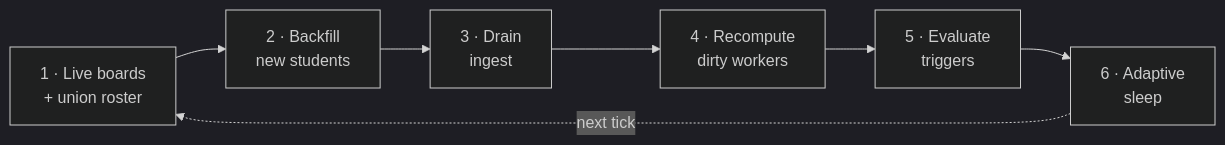
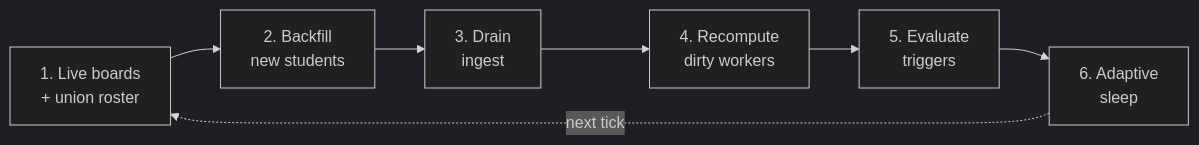
Before and after one commit to InviteInstitute/lm-dashboard: the first of 3 diagrams in docs/concepts/write-path.md, drawn with Mermaid (dark theme). The commit also changed other lines of this file and 5 other files, not shown here.

First line of the commit message:
Drop the interpunct separator from docs diagrams and prose

````diff
--- a/docs/concepts/write-path.md
+++ b/docs/concepts/write-path.md
@@ -13,6 +13,6 @@
 ```mermaid
 flowchart LR
-    a["1 · Live boards<br/>+ union roster"] --> b["2 · Backfill<br/>new students"] --> c["3 · Drain<br/>ingest"]
-    c --> d["4 · Recompute<br/>dirty workers"] --> e["5 · Evaluate<br/>triggers"] --> f["6 · Adaptive<br/>sleep"]
+    a["1. Live boards<br/>+ union roster"] --> b["2. Backfill<br/>new students"] --> c["3. Drain<br/>ingest"]
+    c --> d["4. Recompute<br/>dirty workers"] --> e["5. Evaluate<br/>triggers"] --> f["6. Adaptive<br/>sleep"]
     f -. "next tick" .-> a
 ```
````
